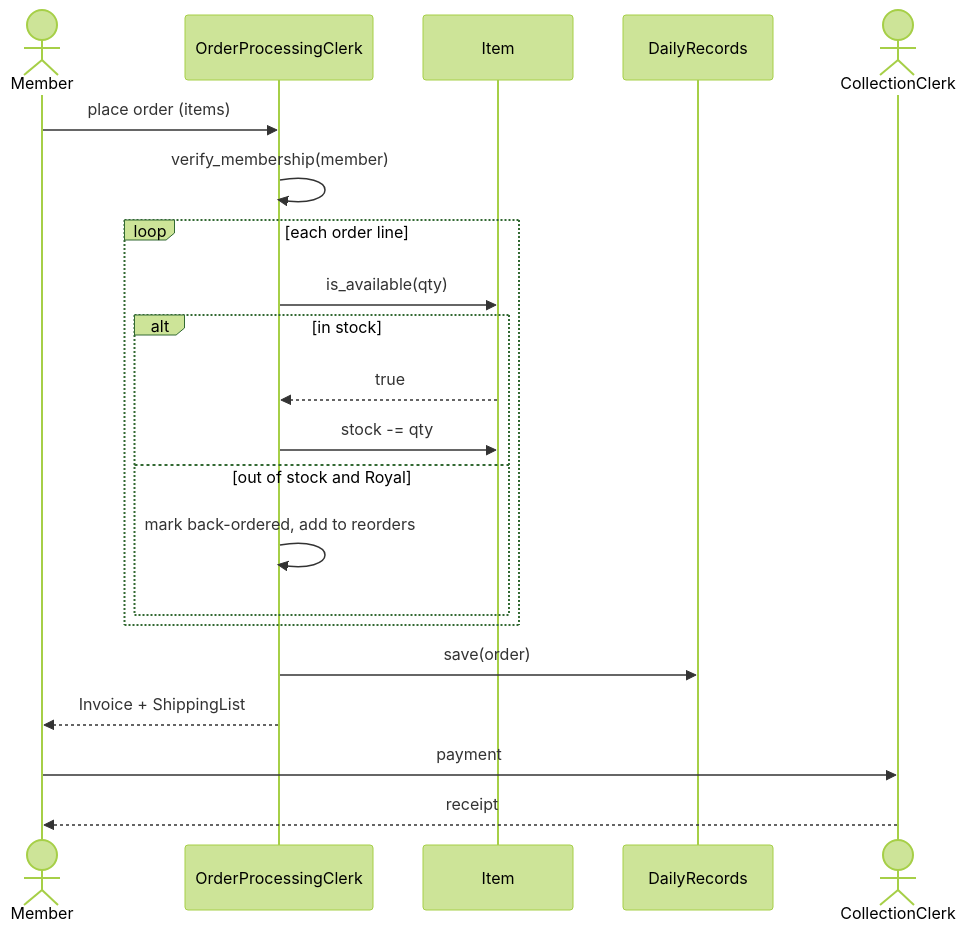
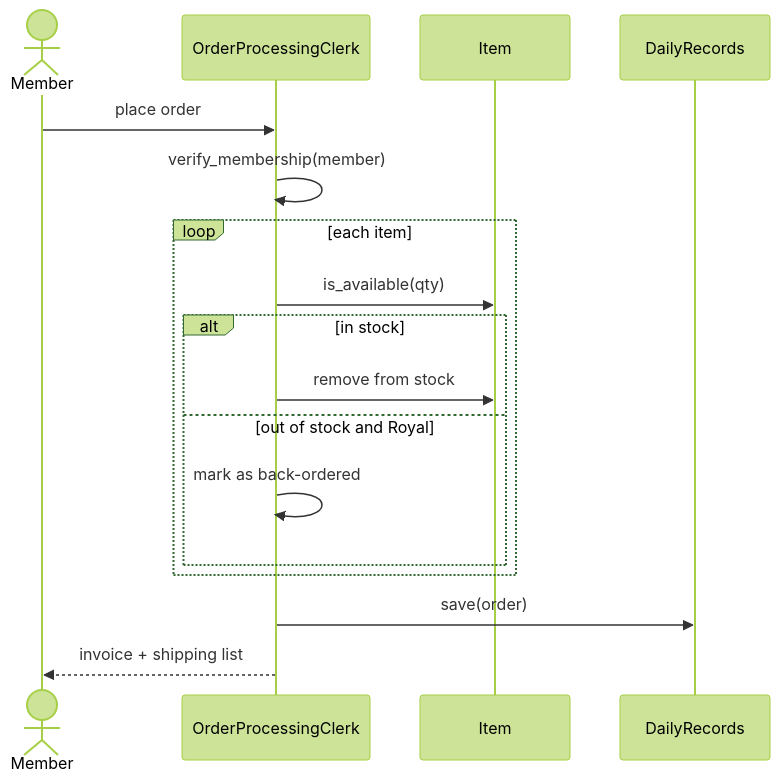
One commit to mathislepoutre1/oop-python-exercises changed the fifth of 8 diagrams in 04-uml/abcd_records/README.md. Above: the diagram before and after it, drawn with Mermaid (forest theme). The commit also changed other lines of this file and 8 other files, not shown here.

````diff
--- a/04-uml/abcd_records/README.md
+++ b/04-uml/abcd_records/README.md
@@ -230,23 +190,19 @@
 ```mermaid
 sequenceDiagram
     actor M as Member
     participant OC as OrderProcessingClerk
     participant I as Item
     participant R as DailyRecords
-    actor CC as CollectionClerk
-    M->>OC: place order (items)
+    M->>OC: place order
     OC->>OC: verify_membership(member)
-    loop each order line
+    loop each item
         OC->>I: is_available(qty)
         alt in stock
-            I-->>OC: true
-            OC->>I: stock -= qty
+            OC->>I: remove from stock
         else out of stock and Royal
-            OC->>OC: mark back-ordered, add to reorders
+            OC->>OC: mark as back-ordered
         end
     end
     OC->>R: save(order)
-    OC-->>M: Invoice + ShippingList
-    M->>CC: payment
-    CC-->>M: receipt
+    OC-->>M: invoice + shipping list
 ```
````
